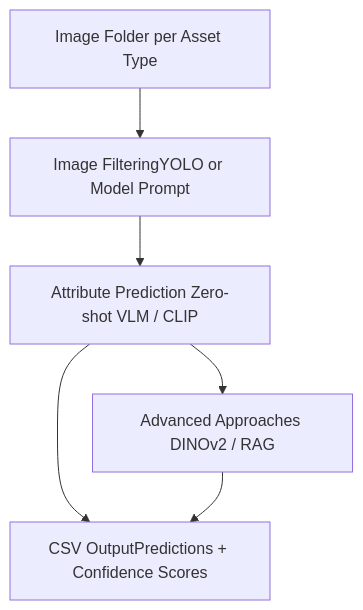
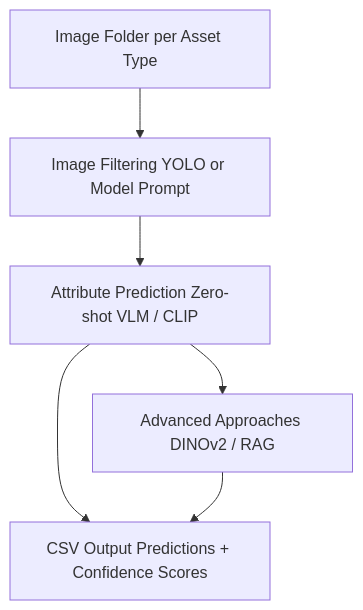
One commit to sgauth01/parks-asset-img-class changed the diagram in reports/Image_analysis_of_park_infrastructure_report.qmd. Above: the diagram before and after it, drawn with Mermaid. The commit also changed 3 other files, not shown here.

Commit message:
fix mermaid plot and rerender

````diff
--- a/reports/Image_analysis_of_park_infrastructure_report.qmd
+++ b/reports/Image_analysis_of_park_infrastructure_report.qmd
@@ -304,11 +304,11 @@
 ```{mermaid}
 %%| label: fig-pipeline
 %%| fig-cap: "High-level overview of the proposed attribute prediction pipeline"
 
 flowchart TD
-    A["Image Folder per Asset Type"] --> B["Image FilteringYOLO or Model Prompt"]
+    A["Image Folder per Asset Type"] --> B["Image Filtering YOLO or Model Prompt"]
     B --> C["Attribute Prediction Zero-shot VLM / CLIP"]
-    C --> D["CSV OutputPredictions + Confidence Scores"]
+    C --> D["CSV Output Predictions + Confidence Scores"]
     C --> E["Advanced Approaches DINOv2 / RAG"]
     E --> D
 ```
````
